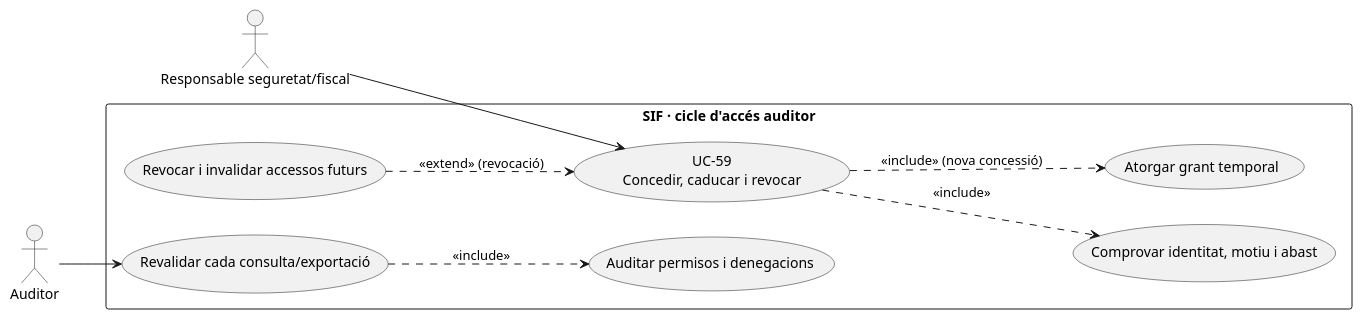
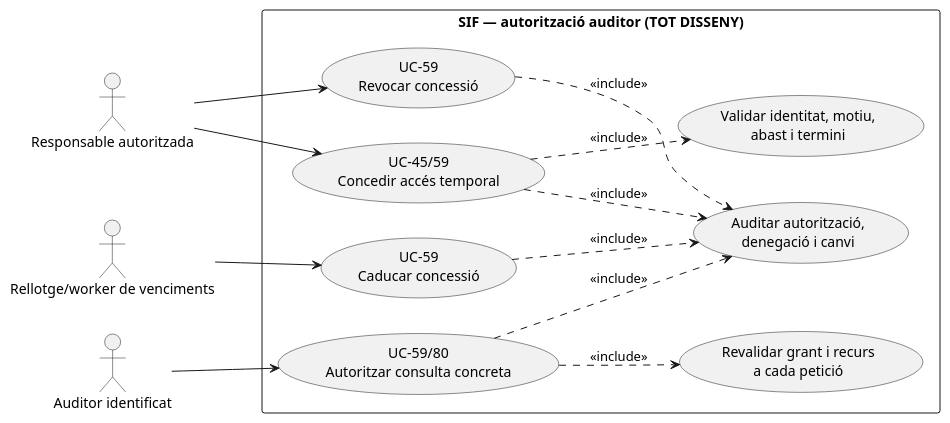
One commit to orgmeriemprismacat-del/verifactu changed the first of 6 diagrams in documentacio/07-uml-integrat/uc-059-concedir-caducar-revocar-acces-auditor.md. Above: the diagram before and after it, drawn with PlantUML. The commit also changed other lines of this file, not shown here.

Commit message:
docs(uml): separar grant caducitat revocació auditor UC-59 i proves d'enforcement

````diff
--- a/documentacio/07-uml-integrat/uc-059-concedir-caducar-revocar-acces-auditor.md
+++ b/documentacio/07-uml-integrat/uc-059-concedir-caducar-revocar-acces-auditor.md
@@ -32,21 +34,27 @@
 ```plantuml
 @startuml
 left to right direction
-actor "Responsable seguretat/fiscal" as R
-actor "Auditor" as A
-rectangle "SIF · cicle d'accés auditor" {
- usecase "UC-59\nConcedir, caducar i revocar" as Main
- usecase "Comprovar identitat, motiu i abast" as Validate
- usecase "Atorgar grant temporal" as Grant
- usecase "Revalidar cada consulta/exportació" as Read
- usecase "Revocar i invalidar accessos futurs" as Revoke
- usecase "Auditar permisos i denegacions" as Audit
+actor "Responsable autoritzada" as R
+actor "Auditor identificat" as A
+actor "Rellotge/worker de venciments" as W
+rectangle "SIF — autorització auditor (TOT DISSENY)" {
+ usecase "UC-45/59\nConcedir accés temporal" as Grant
+ usecase "Validar identitat, motiu,\nabast i termini" as Validate
+ usecase "UC-59/80\nAutoritzar consulta concreta" as Read
+ usecase "Revalidar grant i recurs\na cada petició" as Check
+ usecase "UC-59\nCaducar concessió" as Expire
+ usecase "UC-59\nRevocar concessió" as Revoke
+ usecase "Auditar autorització,\ndenegació i canvi" as Audit
 }
-R --> Main
+R --> Grant
+R --> Revoke
+W --> Expire
 A --> Read
-Main ..> Validate : <<include>>
-Main ..> Grant : <<include>> (nova concessió)
-Revoke ..> Main : <<extend>> (revocació)
+Grant ..> Validate : <<include>>
+Grant ..> Audit : <<include>>
+Read ..> Check : <<include>>
 Read ..> Audit : <<include>>
+Expire ..> Audit : <<include>>
+Revoke ..> Audit : <<include>>
 @enduml
 ```
````
